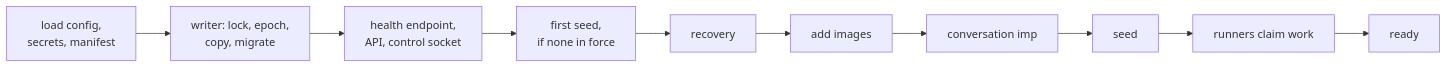
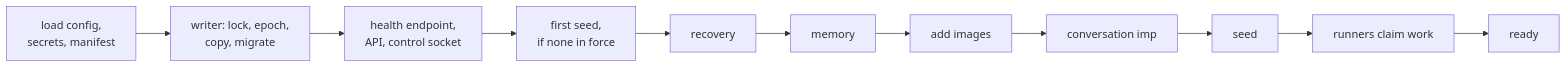
Before and after one commit to zgeoff/nixie: the diagram in docs/architecture/deployment/server.md, drawn with Mermaid. The commit also changed other lines of this file and 16 other files, not shown here.

````diff
--- a/docs/architecture/deployment/server.md
+++ b/docs/architecture/deployment/server.md
@@ -42,8 +42,8 @@
 ```mermaid
 flowchart LR
   L["load config,<br>secrets, manifest"] --> W["writer: lock, epoch,<br>copy, migrate"]
   W --> H["health endpoint,<br>API, control socket"]
   H --> S0["first seed,<br>if none in force"]
-  S0 --> R["recovery"] --> I["add images"] --> C["conversation imp"]
+  S0 --> R["recovery"] --> M["memory"] --> I["add images"] --> C["conversation imp"]
   C --> S["seed"] --> RU["runners claim work"] --> Y["ready"]
 ```
````
